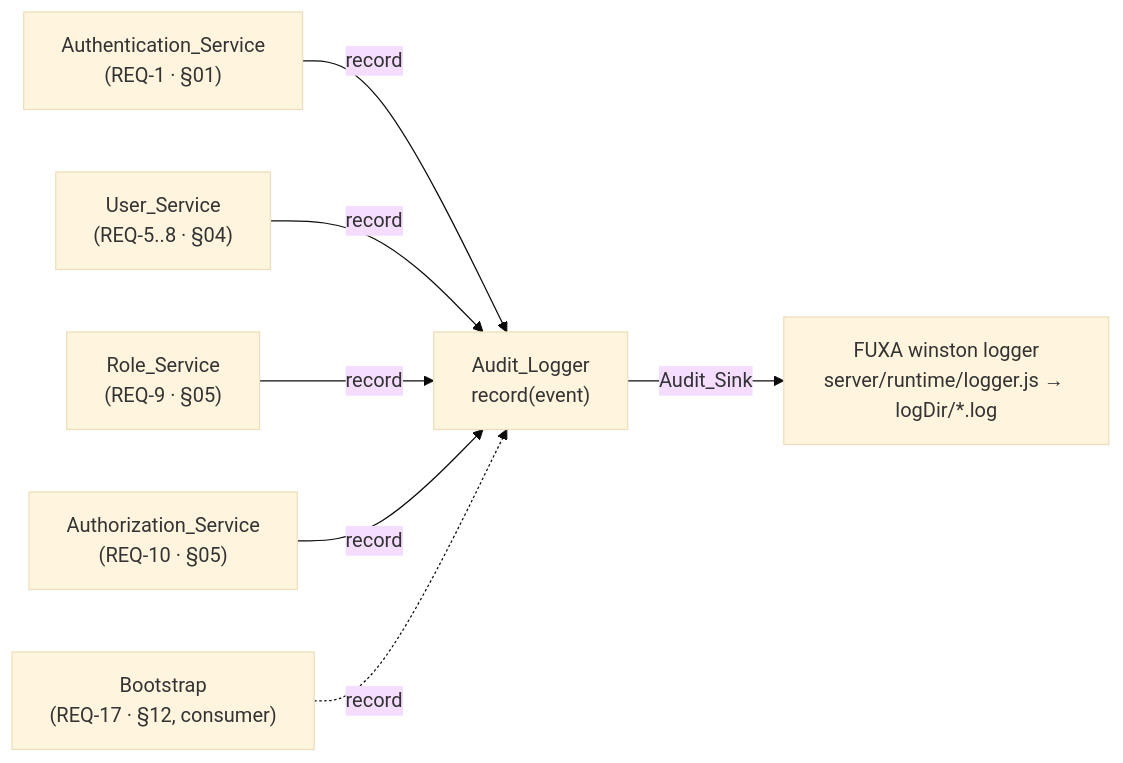
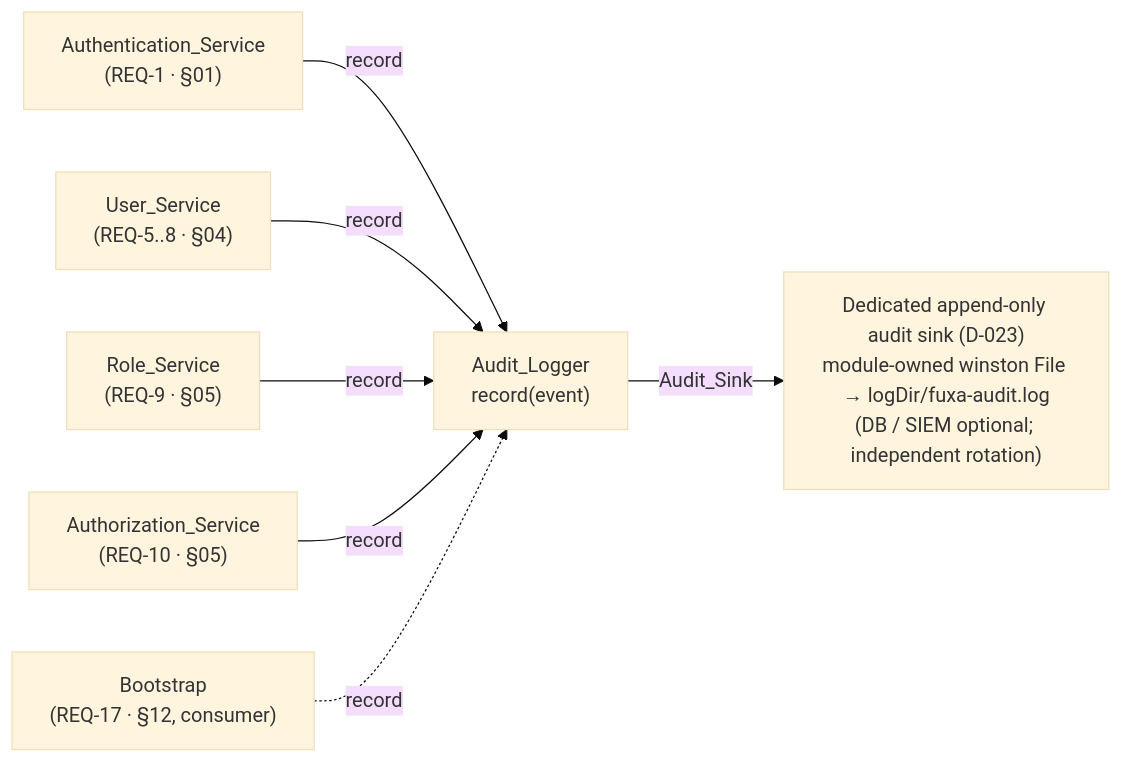
One commit to mgcoder9x/fuxa-scada changed the first of 2 diagrams in .kiro/specs/auth-user-management/design/09-audit-logging.md. Above: the diagram before and after it, drawn with Mermaid (base theme). The commit also changed other lines of this file and 56 other files, not shown here.

````diff
--- a/.kiro/specs/auth-user-management/design/09-audit-logging.md
+++ b/.kiro/specs/auth-user-management/design/09-audit-logging.md
@@ -75,9 +75,9 @@
 ```mermaid
 graph LR
   AuthN["Authentication_Service<br/>(REQ-1 · §01)"] -->|record| AL
   UserSvc["User_Service<br/>(REQ-5..8 · §04)"] -->|record| AL
   RoleSvc["Role_Service<br/>(REQ-9 · §05)"] -->|record| AL
   AuthZ["Authorization_Service<br/>(REQ-10 · §05)"] -->|record| AL
   Boot["Bootstrap<br/>(REQ-17 · §12, consumer)"] -.record.-> AL
-  AL["Audit_Logger<br/>record(event)"] -->|Audit_Sink| SINK["FUXA winston logger<br/>server/runtime/logger.js → logDir/*.log"]
+  AL["Audit_Logger<br/>record(event)"] -->|Audit_Sink| SINK["Dedicated append-only audit sink (D-023)<br/>module-owned winston File → logDir/fuxa-audit.log<br/>(DB / SIEM optional; independent rotation)"]
 ```
````
